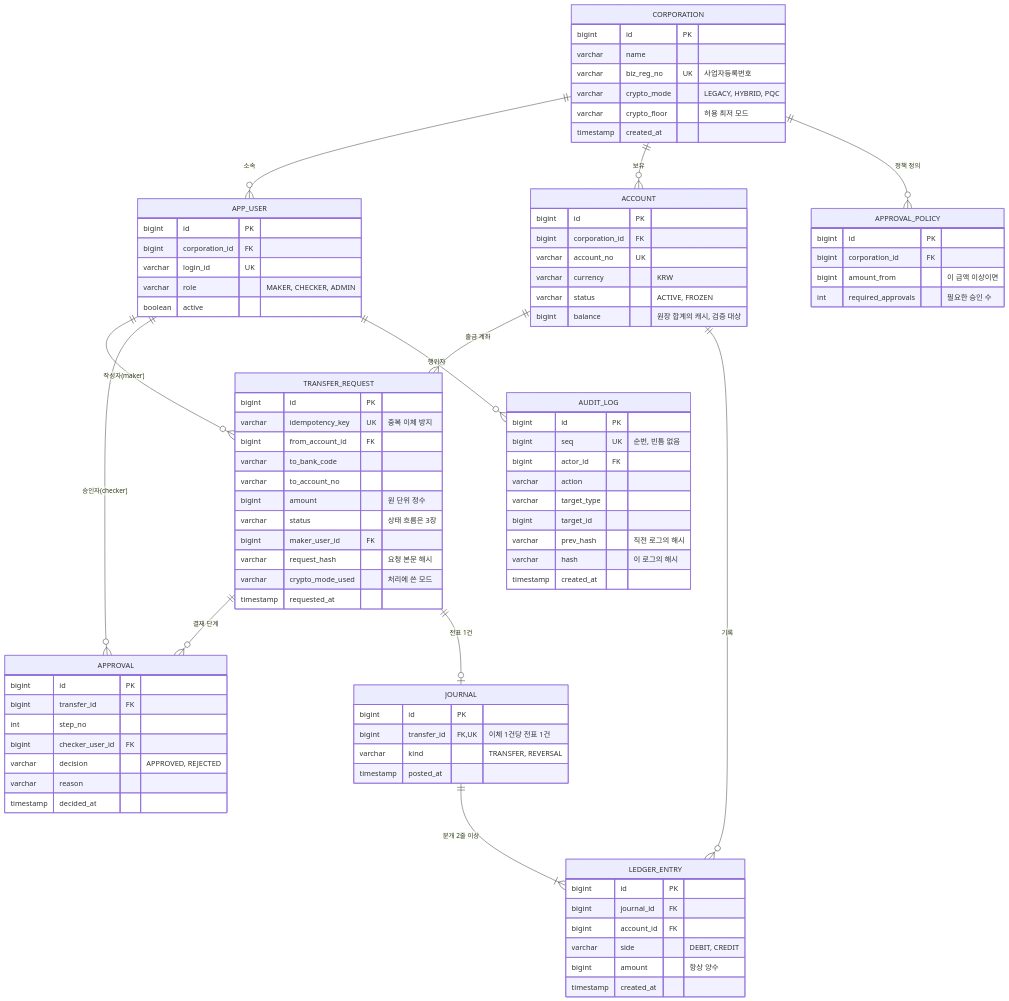
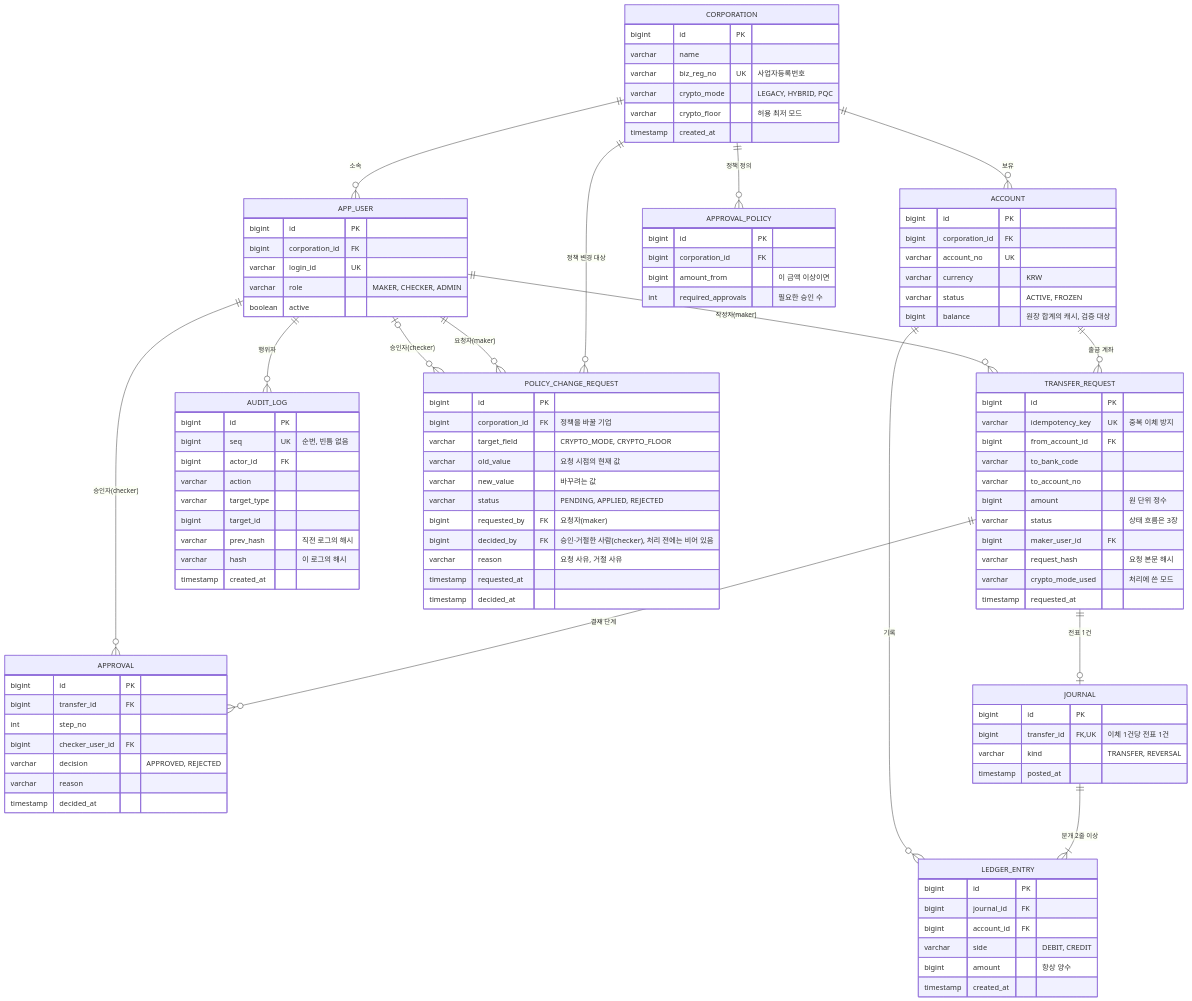
The first of 3 diagrams in docs/erd/erd.md (jsh0818/pqc-transfer-platform), drawn with Mermaid before and after one commit. The commit also changed other lines of this file, not shown here.

First line of the commit message:
docs: ERD v0.2 정책 변경 승인 테이블(policy_change_request) 추가

```diff
--- a/docs/erd/erd.md
+++ b/docs/erd/erd.md
@@ -19,6 +20,9 @@
     JOURNAL ||--|{ LEDGER_ENTRY : "분개 2줄 이상"
     ACCOUNT ||--o{ LEDGER_ENTRY : "기록"
     APP_USER ||--o{ AUDIT_LOG : "행위자"
+    CORPORATION ||--o{ POLICY_CHANGE_REQUEST : "정책 변경 대상"
+    APP_USER ||--o{ POLICY_CHANGE_REQUEST : "요청자(maker)"
+    APP_USER |o--o{ POLICY_CHANGE_REQUEST : "승인자(checker)"
 
     CORPORATION {
         bigint id PK
@@ -71,6 +75,19 @@
         varchar reason
         timestamp decided_at
     }
+    POLICY_CHANGE_REQUEST {
+        bigint id PK
+        bigint corporation_id FK "정책을 바꿀 기업"
+        varchar target_field "CRYPTO_MODE, CRYPTO_FLOOR"
+        varchar old_value "요청 시점의 현재 값"
+        varchar new_value "바꾸려는 값"
+        varchar status "PENDING, APPLIED, REJECTED"
+        bigint requested_by FK "요청자(maker)"
+        bigint decided_by FK "승인·거절한 사람(checker), 처리 전에는 비어 있음"
+        varchar reason "요청 사유, 거절 사유"
+        timestamp requested_at
+        timestamp decided_at
+    }
     JOURNAL {
         bigint id PK
         bigint transfer_id FK, UK "이체 1건당 전표 1건"
```
